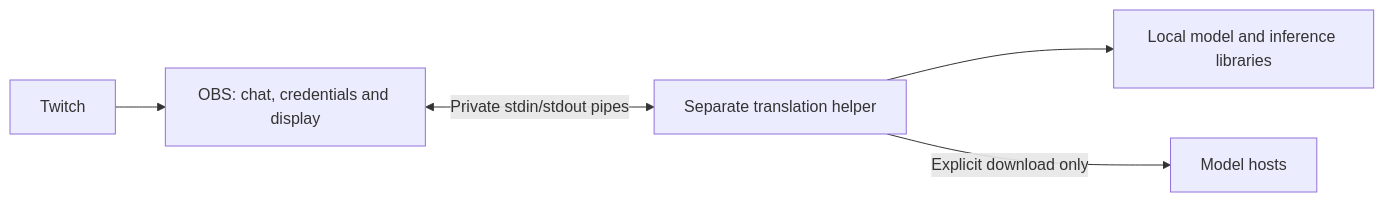
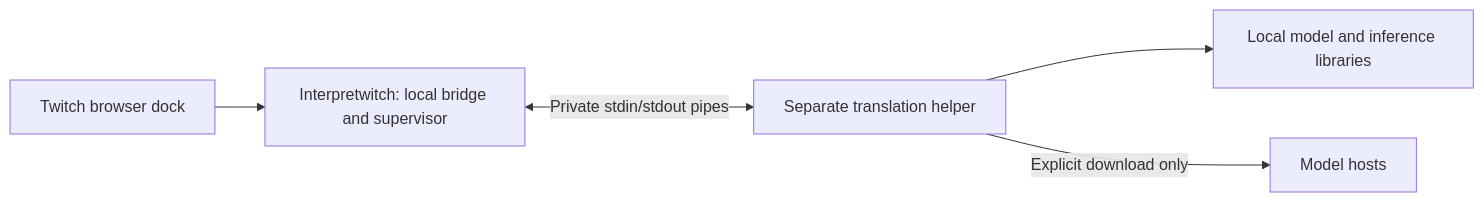
The diagram in chat_plugin/ISOLATION.md (salvador-stream-labs/interpretwitch), drawn with Mermaid before and after one commit. The commit also changed other lines of this file and 72 other files, not shown here.

First line of the commit message:
Integrate Interpretwitch 0.8.1 with OBS Twitch chat

````diff
--- a/chat_plugin/ISOLATION.md
+++ b/chat_plugin/ISOLATION.md
@@ -11,7 +11,7 @@
 ```mermaid
 flowchart LR
-    Twitch --> Dock[OBS: chat, credentials and display]
+    Twitch[Twitch browser dock] --> Dock[Interpretwitch: local bridge and supervisor]
     Dock <-->|Private stdin/stdout pipes| Helper[Separate translation helper]
     Helper --> Model[Local model and inference libraries]
     Helper -->|Explicit download only| Hosts[Model hosts]
 ```
````
